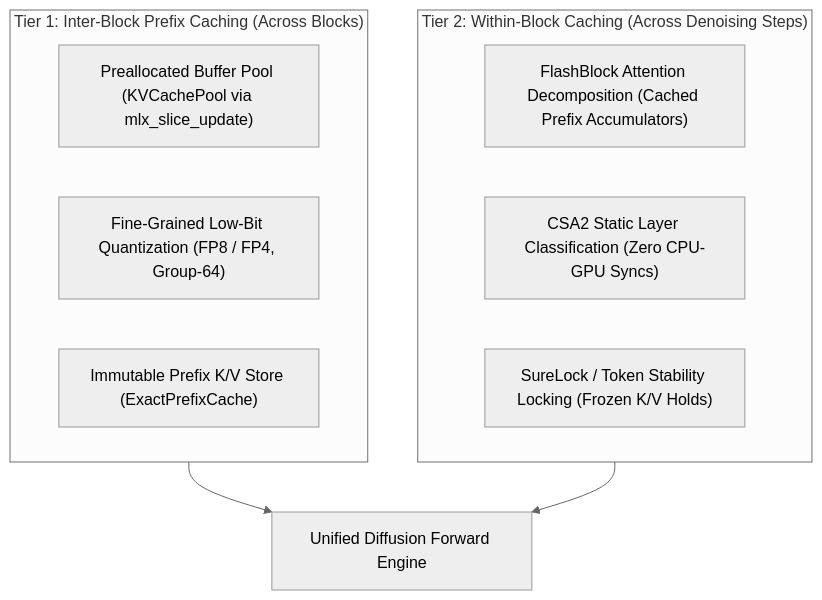
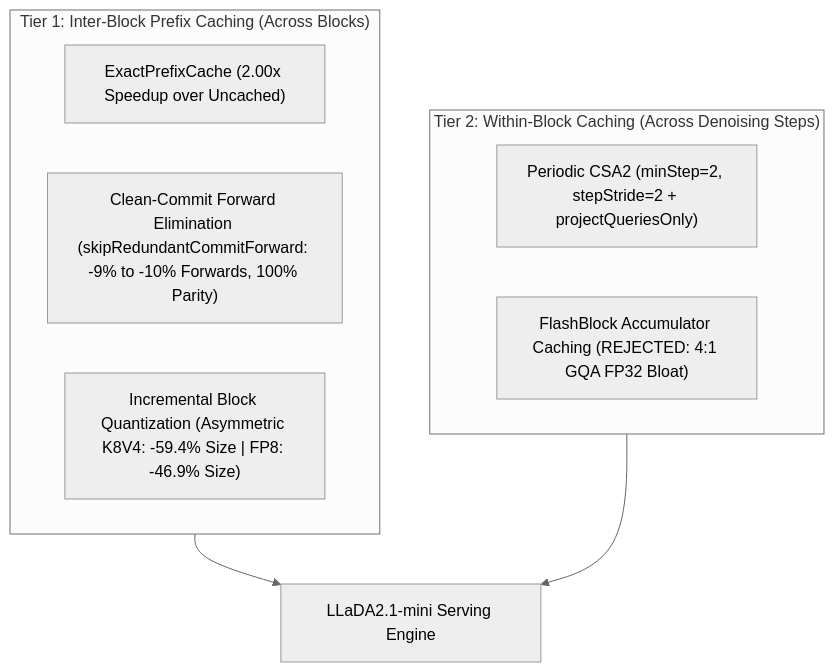
One commit to CreativeBeastDesign/NeoDiffusion changed the diagram in Plans/wiki-drafts/dual-caching-and-kv-compression.md. Above: the diagram before and after it, drawn with Mermaid (neutral theme). The commit also changed other lines of this file and 52 other files, not shown here.

````diff
--- a/Plans/wiki-drafts/dual-caching-and-kv-compression.md
+++ b/Plans/wiki-drafts/dual-caching-and-kv-compression.md
@@ -19,15 +32,14 @@
 ```mermaid
-graph TD
-    subgraph Tier1["Tier 1: Inter-Block Prefix Caching (Across Blocks)"]
-        A["Preallocated Buffer Pool (KVCachePool via mlx_slice_update)"]
-        B["Fine-Grained Low-Bit Quantization (FP8 / FP4, Group-64)"]
-        C["Immutable Prefix K/V Store (ExactPrefixCache)"]
+flowchart TD
+    subgraph InterBlock["Tier 1: Inter-Block Prefix Caching (Across Blocks)"]
+        A["ExactPrefixCache (2.00x Speedup over Uncached)"]
+        B["Clean-Commit Forward Elimination (skipRedundantCommitForward: -9% to -10% Forwards, 100% Parity)"]
+        C["Incremental Block Quantization (Asymmetric K8V4: -59.4% Size | FP8: -46.9% Size)"]
     end
-    subgraph Tier2["Tier 2: Within-Block Caching (Across Denoising Steps)"]
-        D["FlashBlock Attention Decomposition (Cached Prefix Accumulators)"]
-        E["CSA2 Static Layer Classification (Zero CPU-GPU Syncs)"]
-        F["SureLock / Token Stability Locking (Frozen K/V Holds)"]
+    subgraph IntraBlock["Tier 2: Within-Block Caching (Across Denoising Steps)"]
+        D["Periodic CSA2 (minStep=2, stepStride=2 + projectQueriesOnly)"]
+        E["FlashBlock Accumulator Caching (REJECTED: 4:1 GQA FP32 Bloat)"]
     end
-    Tier1 --> G["Unified Diffusion Forward Engine"]
-    Tier2 --> G
+    InterBlock --> F["LLaDA2.1-mini Serving Engine"]
+    IntraBlock --> F
 ```
````
